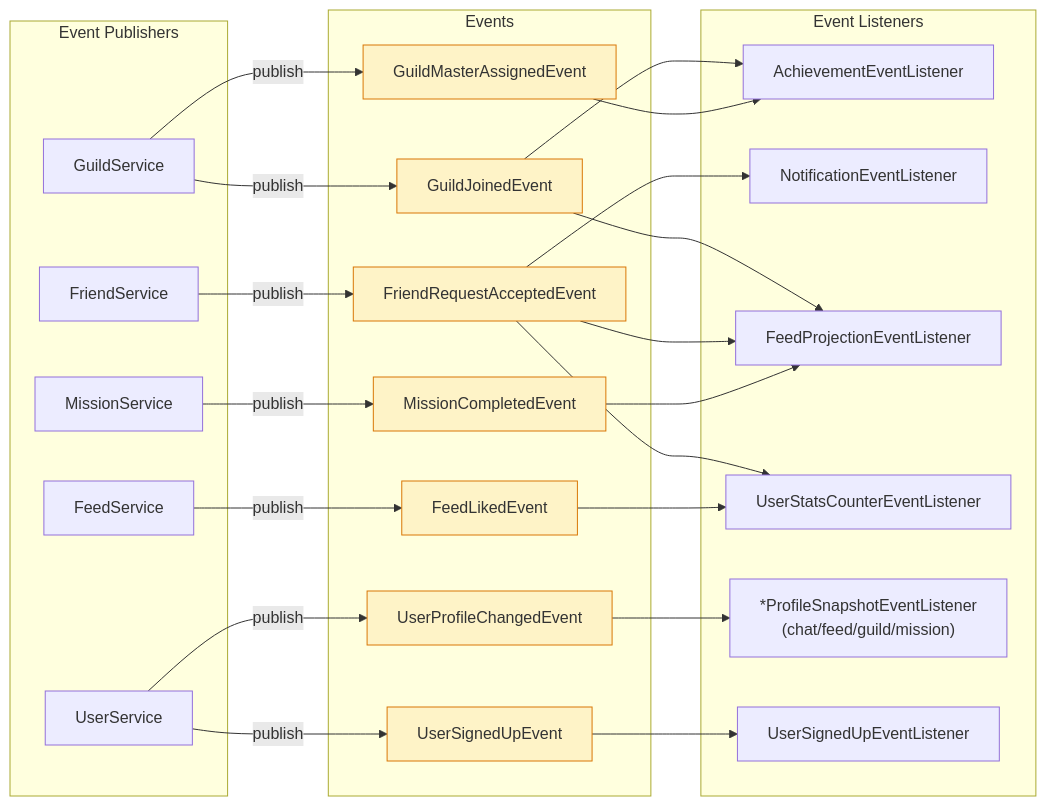
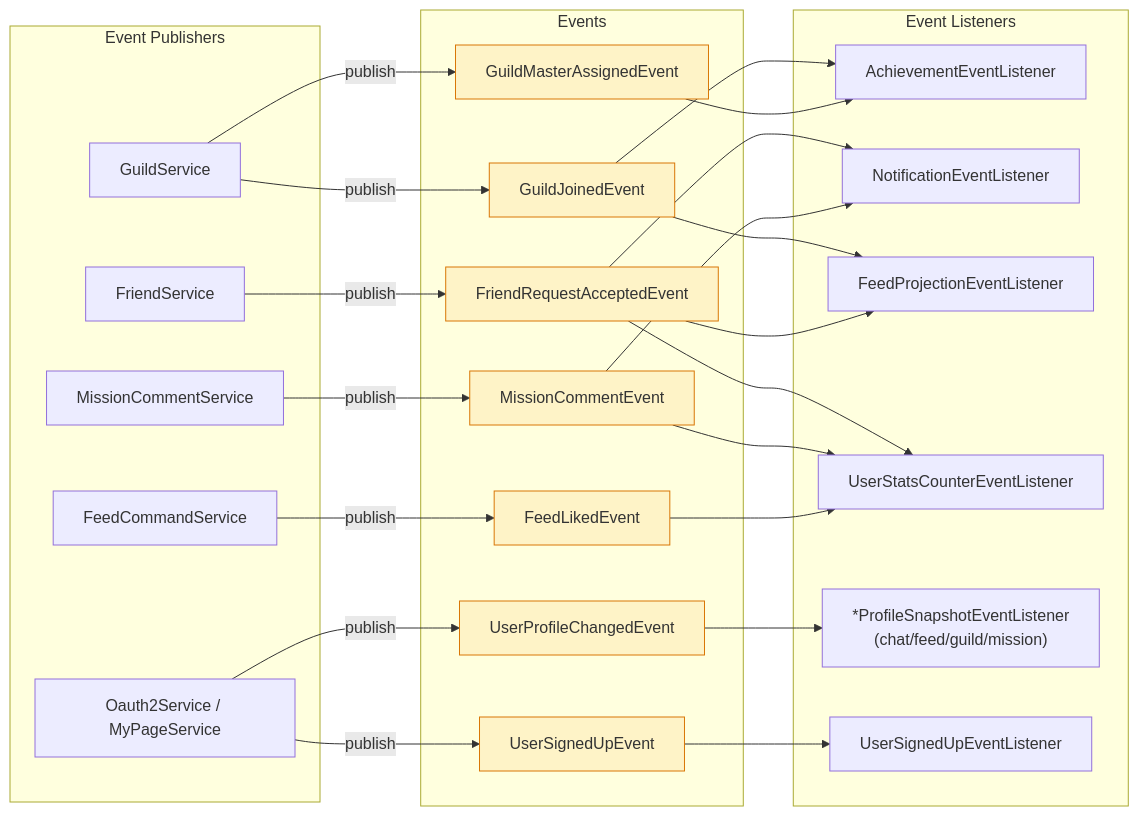
One commit to Level-Up-Together/product-service changed the third of 4 diagrams in README.md. Above: the diagram before and after it, drawn with Mermaid. The commit also changed other lines of this file and 14 other files, not shown here.

````diff
--- a/README.md
+++ b/README.md
@@ -247,56 +259,57 @@
 ```mermaid
 graph LR
     subgraph "Event Publishers"
         GUILD_SVC["GuildService"]
-        MISSION_SVC["MissionService"]
+        MISSION_SVC["MissionCommentService"]
         FRIEND_SVC["FriendService"]
-        USER_SVC["UserService"]
-        FEED_SVC["FeedService"]
+        USER_SVC["Oauth2Service / MyPageService"]
+        FEED_SVC["FeedCommandService"]
     end
 
     subgraph "Events"
         GJE["GuildJoinedEvent"]
         GME["GuildMasterAssignedEvent"]
         FRE["FriendRequestAcceptedEvent"]
-        MCE["MissionCompletedEvent"]
+        MCE["MissionCommentEvent"]
         UPC["UserProfileChangedEvent"]
         USE["UserSignedUpEvent"]
         FLE["FeedLikedEvent"]
     end
 
     subgraph "Event Listeners"
         ACH_LISTENER["AchievementEventListener"]
         NOTIF_LISTENER["NotificationEventListener"]
         FEED_LISTENER["FeedProjectionEventListener"]
         STATS_LISTENER["UserStatsCounterEventListener"]
         SNAPSHOT["*ProfileSnapshotEventListener<br/>(chat/feed/guild/mission)"]
         SIGNUP_LISTENER["UserSignedUpEventListener"]
     end
 
     GUILD_SVC -->|publish| GJE
     GUILD_SVC -->|publish| GME
     FRIEND_SVC -->|publish| FRE
     MISSION_SVC -->|publish| MCE
     USER_SVC -->|publish| UPC
     USER_SVC -->|publish| USE
     FEED_SVC -->|publish| FLE
 
     GJE --> ACH_LISTENER
     GJE --> FEED_LISTENER
     GME --> ACH_LISTENER
     FRE --> NOTIF_LISTENER
     FRE --> FEED_LISTENER
     FRE --> STATS_LISTENER
-    MCE --> FEED_LISTENER
+    MCE --> NOTIF_LISTENER
+    MCE --> STATS_LISTENER
     UPC --> SNAPSHOT
     USE --> SIGNUP_LISTENER
     FLE --> STATS_LISTENER
 
     style GJE fill:#fef3c7,stroke:#d97706
     style GME fill:#fef3c7,stroke:#d97706
     style FRE fill:#fef3c7,stroke:#d97706
     style MCE fill:#fef3c7,stroke:#d97706
     style UPC fill:#fef3c7,stroke:#d97706
     style USE fill:#fef3c7,stroke:#d97706
     style FLE fill:#fef3c7,stroke:#d97706
 ```
````
